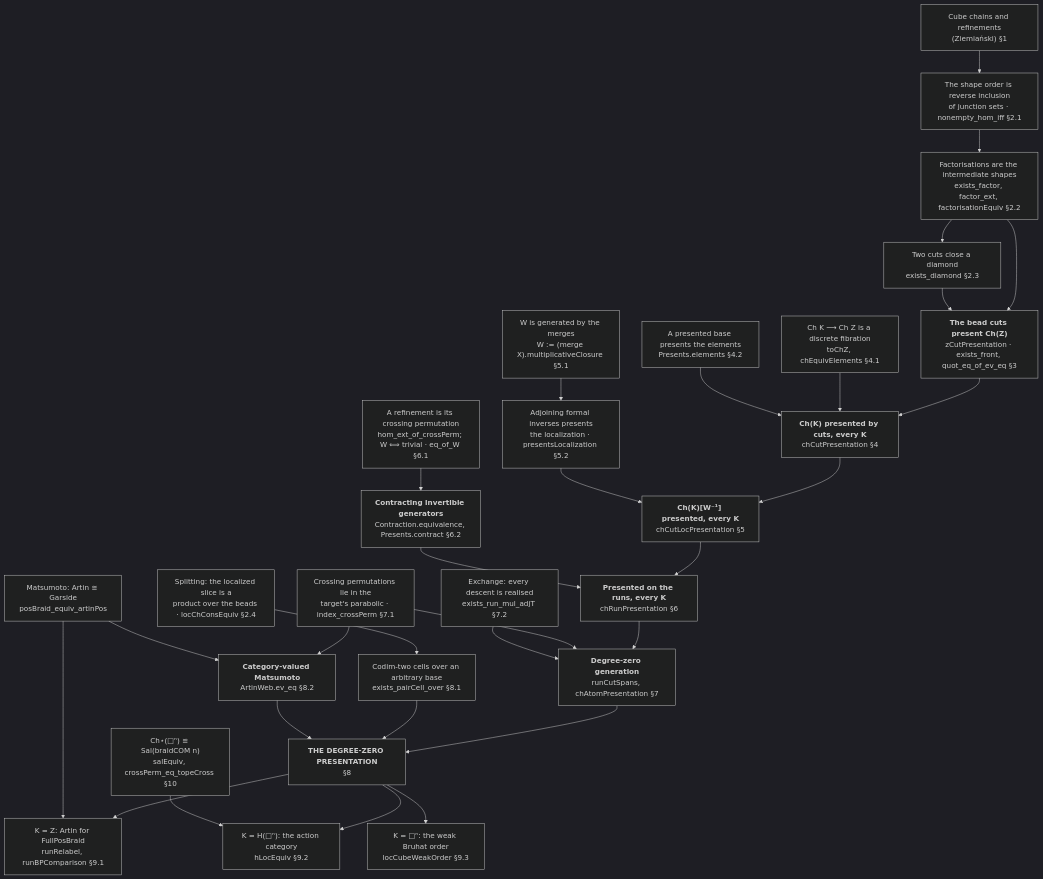
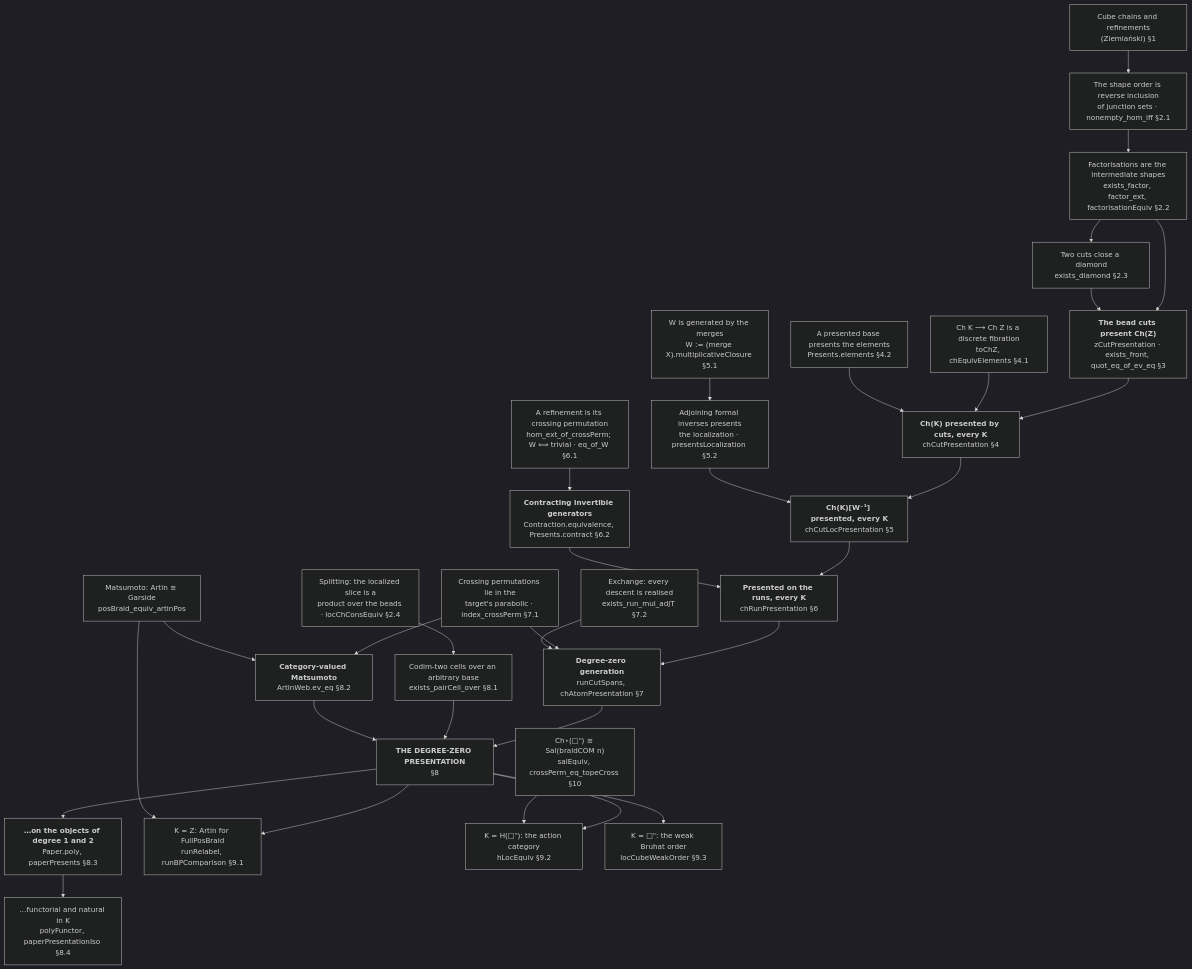
The diagram in BLUEPRINT.md (zstone1/Cubical), drawn with Mermaid (dark theme) before and after one commit. The commit also changed other lines of this file and 1 other file, not shown here.

````diff
--- a/BLUEPRINT.md
+++ b/BLUEPRINT.md
@@ -21,54 +31,57 @@
 ```mermaid
 graph TD
   A["Cube chains and refinements<br/>(Ziemiański) §1"]
   B["The shape order is reverse inclusion<br/>of junction sets · nonempty_hom_iff §2.1"]
   C["Factorisations are the intermediate shapes<br/>exists_factor, factor_ext, factorisationEquiv §2.2"]
   D["Two cuts close a diamond<br/>exists_diamond §2.3"]
   E["<b>The bead cuts present Ch(Z)</b><br/>zCutPresentation · exists_front, quot_eq_of_ev_eq §3"]
   F["Ch K ⟶ Ch Z is a discrete fibration<br/>toChZ, chEquivElements §4.1"]
   G["A presented base presents the elements<br/>Presents.elements §4.2"]
   H["<b>Ch(K) presented by cuts, every K</b><br/>chCutPresentation §4"]
   I["W is generated by the merges<br/>W := (merge X).multiplicativeClosure §5.1"]
   J["Adjoining formal inverses presents<br/>the localization · presentsLocalization §5.2"]
   K["<b>Ch(K)[W⁻¹] presented, every K</b><br/>chCutLocPresentation §5"]
   L["A refinement is its crossing permutation<br/>hom_ext_of_crossPerm; W ⟺ trivial · eq_of_W §6.1"]
   M["<b>Contracting invertible generators</b><br/>Contraction.equivalence, Presents.contract §6.2"]
   N["<b>Presented on the runs, every K</b><br/>chRunPresentation §6"]
   O["Crossing permutations lie in the<br/>target's parabolic · index_crossPerm §7.1"]
   P["Exchange: every descent is realised<br/>exists_run_mul_adjT §7.2"]
   Q["<b>Degree-zero generation</b><br/>runCutSpans, chAtomPresentation §7"]
   R["Codim-two cells over an arbitrary base<br/>exists_pairCell_over §8.1"]
   S["<b>Category-valued Matsumoto</b><br/>ArtinWeb.ev_eq §8.2"]
   T["<b>THE DEGREE-ZERO PRESENTATION</b><br/>§8"]
+  P2["<b>…on the objects of degree 1 and 2</b><br/>Paper.poly, paperPresents §8.3"]
+  F2["…functorial and natural in K<br/>polyFunctor, paperPresentationIso §8.4"]
   U["K = Z: Artin for FullPosBraid<br/>runRelabel, runBPComparison §9.1"]
   V["K = H(□ⁿ): the action category<br/>hLocEquiv §9.2"]
   W2["K = □ⁿ: the weak Bruhat order<br/>locCubeWeakOrder §9.3"]
   X["Ch⋆(□ⁿ) ≌ Sal(braidCOM n)<br/>salEquiv, crossPerm_eq_topeCross §10"]
   Y["Matsumoto: Artin ≅ Garside<br/>posBraid_equiv_artinPos"]
   Z["Splitting: the localized slice is a<br/>product over the beads · locChConsEquiv §2.4"]
 
   A --> B --> C --> D
   C --> E
   D --> E
   E --> H
   F --> H
   G --> H
   H --> K
   I --> J --> K
   K --> N
   L --> M --> N
   N --> Q
   O --> Q
   P --> Q
   Q --> T
   R --> T
   S --> T
   Z --> R
   O --> S
   Y --> S
+  T --> P2 --> F2
   T --> U
   T --> V
   T --> W2
   Y --> U
   X --> V
 ```
````
